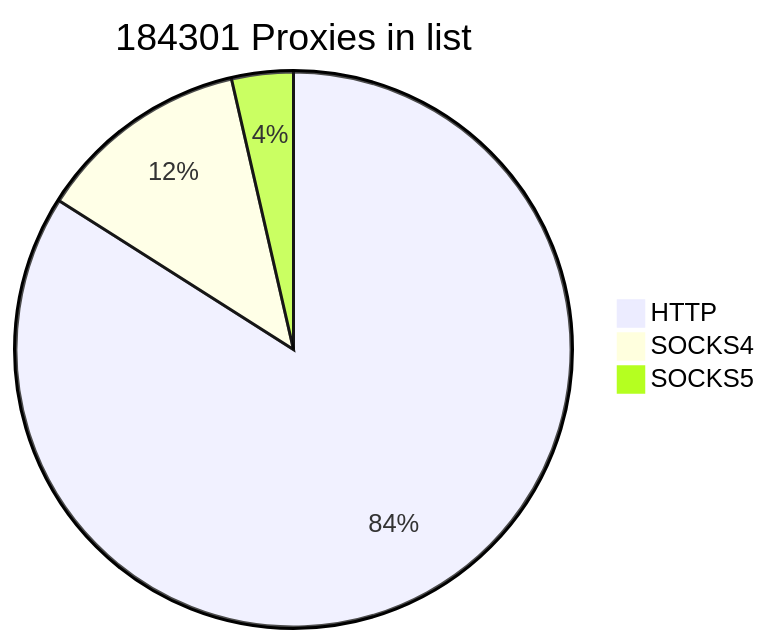
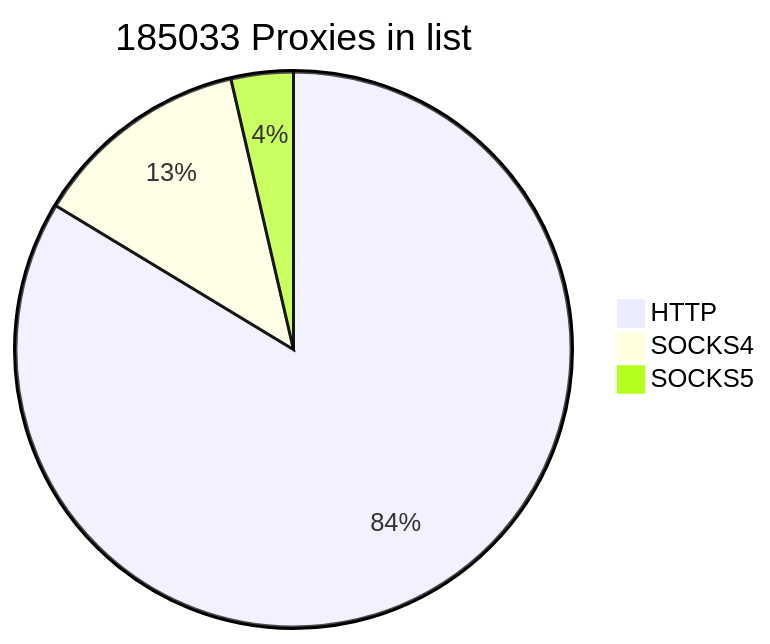
Before and after one commit to cutipu/proxylist: the first of 2 diagrams in README.md, drawn with Mermaid. The commit also changed other lines of this file, not shown here.

````diff
--- a/README.md
+++ b/README.md
@@ -2,7 +2,7 @@
 ```mermaid
-pie title 184301 Proxies in list
-    "HTTP" : 154826
-    "SOCKS4" : 22866
-    "SOCKS5" : 6609
+pie title 185033 Proxies in list
+    "HTTP" : 154800
+    "SOCKS4" : 23539
+    "SOCKS5" : 6694
             
 ```
````
